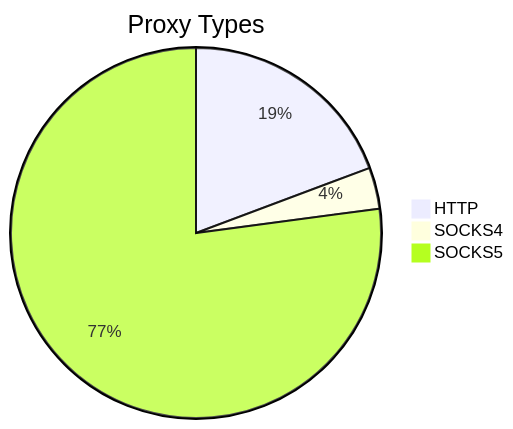
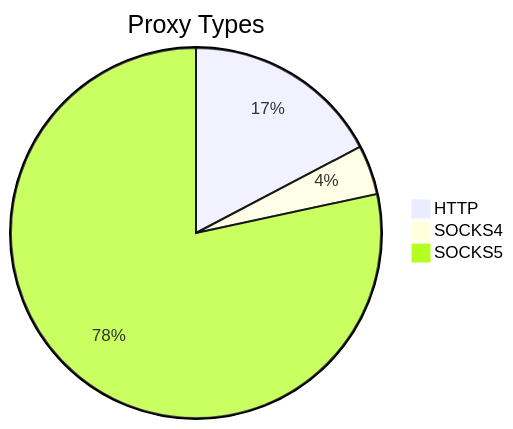
Before and after one commit to stormsia/proxy-list: the first of 2 diagrams in README.md, drawn with Mermaid. The commit also changed other lines of this file, not shown here.

````diff
--- a/README.md
+++ b/README.md
@@ -21,6 +21,6 @@
 ```mermaid
 pie title Proxy Types
-    "HTTP" : 696
-    "SOCKS4" : 130
-    "SOCKS5" : 2781
+    "HTTP" : 200
+    "SOCKS4" : 50
+    "SOCKS5" : 906
 ```
````
